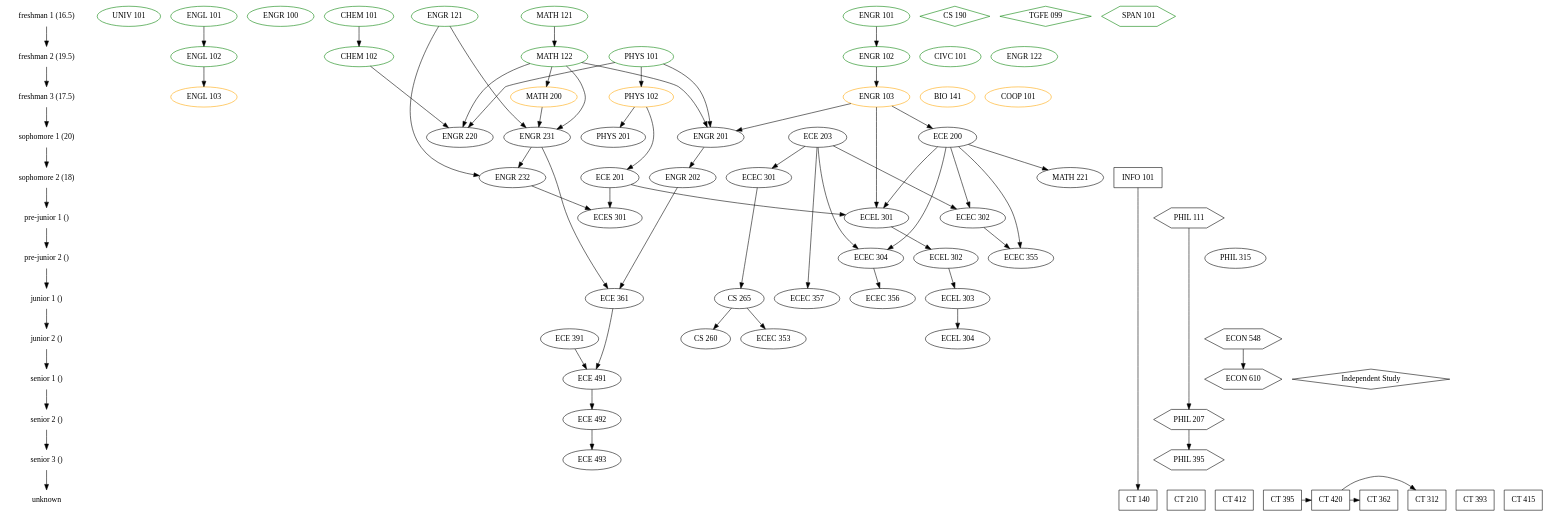
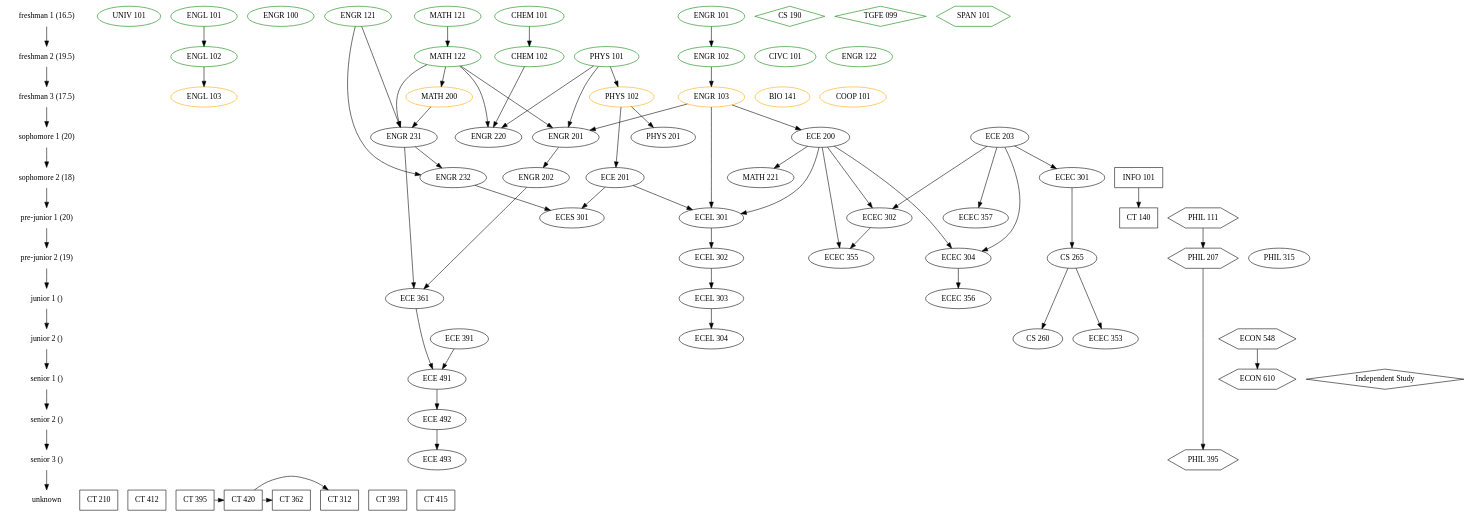
Before and after one commit to Theodus/coursework: the diagram in classes.gv, drawn with Graphviz.

Commit message:
fill out pre-junior year

```diff
--- a/classes.gv
+++ b/classes.gv
@@ -1,182 +1,183 @@
 /* Key:
 
 color:
 green = already taken
 orange = currently taking
 black = not taken
 
 shape:
-ellipse = fixed degree requirement
+ellipse = fixed major degree requirement
 diamond = free elective
 hexagon = general education elective
+box = minor degree requirement
 
 */
 
 digraph Classes {
 
   { node [shape=plaintext]
     "freshman 1 (16.5)" ->
     "freshman 2 (19.5)" ->
     "freshman 3 (17.5)" ->
     "sophomore 1 (20)" ->
     "sophomore 2 (18)" ->
-    "pre-junior 1 ()" ->
-    "pre-junior 2 ()" ->
+    "pre-junior 1 (20)" ->
+    "pre-junior 2 (19)" ->
     "junior 1 ()" ->
     "junior 2 ()" ->
     "senior 1 ()" ->
     "senior 2 ()" ->
     "senior 3 ()" ->
     "unknown"
   }
 
   { node [color=green]
     { rank=same "freshman 1 (16.5)"
       "UNIV 101"
       "ENGL 101"
       "ENGR 100"
       "CHEM 101"
       "ENGR 101"
       "ENGR 121"
       "MATH 121"
 
       // AP Credit
       "CS 190" [shape=diamond]
       "TGFE 099" [shape=diamond]
       "SPAN 101" [shape=hexagon]
     }
     { rank=same "freshman 2 (19.5)"
       "CIVC 101"
       "ENGL 102"
       "CHEM 102"
       "ENGR 102"
       "ENGR 122"
       "MATH 122"
       "PHYS 101"
     }
   }
   { node [color=orange]
     { rank=same "freshman 3 (17.5)"
       "ENGL 103"
       "ENGR 103"
       "BIO 141"
       "COOP 101"
       "PHYS 102"
       "MATH 200"
     }
   }
   { rank=same "sophomore 1 (20)"
     "ENGR 231"
     "PHYS 201"
     "ENGR 220"
     "ECE 200"
     "ENGR 201"
     "ECE 203"
   }
   { rank=same "sophomore 2 (18)"
     "ENGR 232"
     "MATH 221"
     "ECE 201"
     "ENGR 202"
     "ECEC 301"
     "INFO 101" [shape=box]
   }
-  { rank=same "pre-junior 1 ()"
+  { rank=same "pre-junior 1 (20)"
     "ECES 301"
     "ECEC 302"
     "ECEL 301"
+    "ECEC 357"
+    "CT 140" [shape=box]
     "PHIL 111" [shape=hexagon]
   }
-  { rank=same "pre-junior 2 ()"
+  { rank=same "pre-junior 2 (19)"
     "ECEC 304"
     "ECEC 355"
     "ECEL 302"
     "PHIL 315"
+    "CS 265"
+    "PHIL 207" [shape=hexagon]
   }
   { rank=same "junior 1 ()"
     "ECEC 356"
-    "ECEC 357"
-    "CS 265"
     "ECEL 303"
     "ECE 361"
   }
   { rank=same "junior 2 ()"
     "ECEC 353"
     "CS 260"
     "ECEL 304"
     "ECE 391"
     "ECON 548" [shape=hexagon]
   }
   { rank=same "senior 1 ()"
     "ECE 491"
     "ECON 610" [shape=hexagon]
     "Independent Study" [shape=diamond]
   }
   { rank=same "senior 2 ()"
     "ECE 492"
-    "PHIL 207" [shape=hexagon]
   }
   { rank=same "senior 3 ()"
     "ECE 493"
     "PHIL 395" [shape=hexagon]
   }
   { rank=same "unknown"
-    "CT 140" [shape=box]
     "CT 210" [shape=box]
     "CT 412" [shape=box]
     "CT 395" [shape=box]
     "CT 393" [shape=box]
     "CT 415" [shape=box]
     "CT 420" [shape=box]
     "CT 312" [shape=box]
     "CT 362" [shape=box]
   }
 
   // General Education/Liberal Studies
 
   "CIVC 101"
   "ENGL 101" -> "ENGL 102" -> "ENGL 103"
   "PHIL 315"
   "UNIV 101"
 
   "PHIL 111" -> "PHIL 207" -> "PHIL 395"
   "ECON 548" -> "ECON 610"
 
   // Foundation Requirements
 
   "BIO 141"
   "CHEM 101" -> "CHEM 102"
   "PHYS 101" -> "PHYS 102" -> "PHYS 201"
   "PHYS 102" -> "ECE 201"
   "MATH 121" -> "MATH 122" -> "MATH 200" -> "ENGR 231"
   "ENGR 101" -> "ENGR 102" -> "ENGR 103" -> "ECE 200" -> "MATH 221"
   "ECE 203"
   {"MATH 122" "PHYS 101" "ENGR 103"} -> "ENGR 201" -> "ENGR 202"
   {"CHEM 102" "MATH 122" "PHYS 101"} -> "ENGR 220"
   {"MATH 122" "ENGR 121"} -> "ENGR 231"
   {"ENGR 231" "ENGR 121"} -> "ENGR 232"
 
   // Professional Requirements
 
   "ECE 203" -> "ECEC 301" -> "CS 265" -> "CS 260"
   {"ENGR 202" "ENGR 231"} -> "ECE 361"
   {"ECE 391" "ECE 361"} -> "ECE 491" -> "ECE 492" -> "ECE 493"
   {"ECE 203" "ECE 200"} -> "ECEC 302"
   {"ECE 200" "ECE 203"} -> "ECEC 304" -> "ECEC 356"
   "CS 265" -> "ECEC 353"
   {"ECE 200" "ECEC 302"} -> "ECEC 355"
   "ECE 203" -> "ECEC 357"
   {"ENGR 103" "ECE 200" "ECE 201"} -> 
     "ECEL 301" -> "ECEL 302" -> "ECEL 303" -> "ECEL 304"
   {"ENGR 232" "ECE 201"} -> "ECES 301"
 
   // Minor in Security Technology
 
   "INFO 101" -> "CT 140"
   "CT 210"
   "CT 412"
   "CT 395" -> "CT 420" -> "CT 312"
   "CT 420" -> "CT 362"
   "CT 393"
   "CT 415"
 }
```
